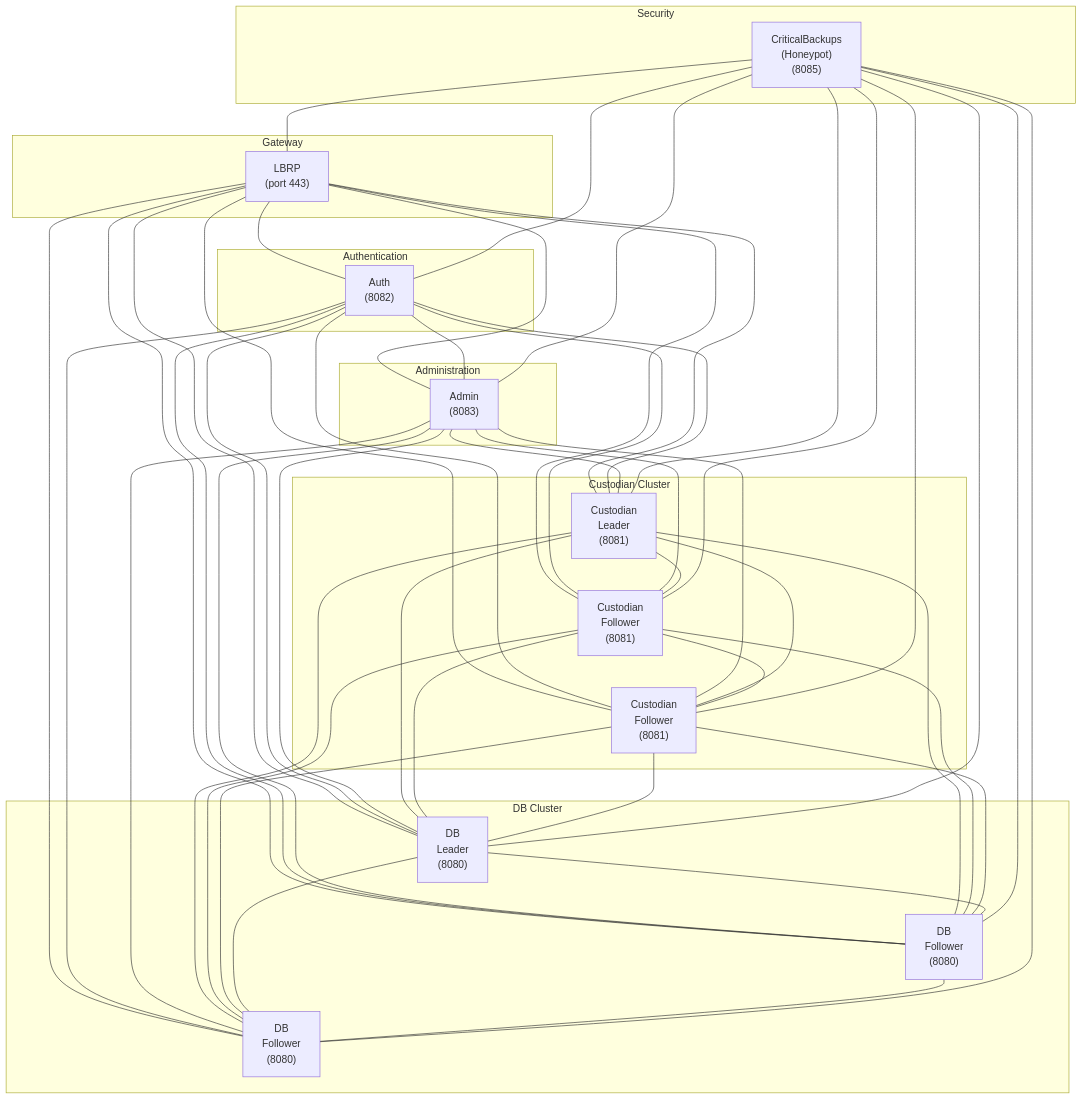
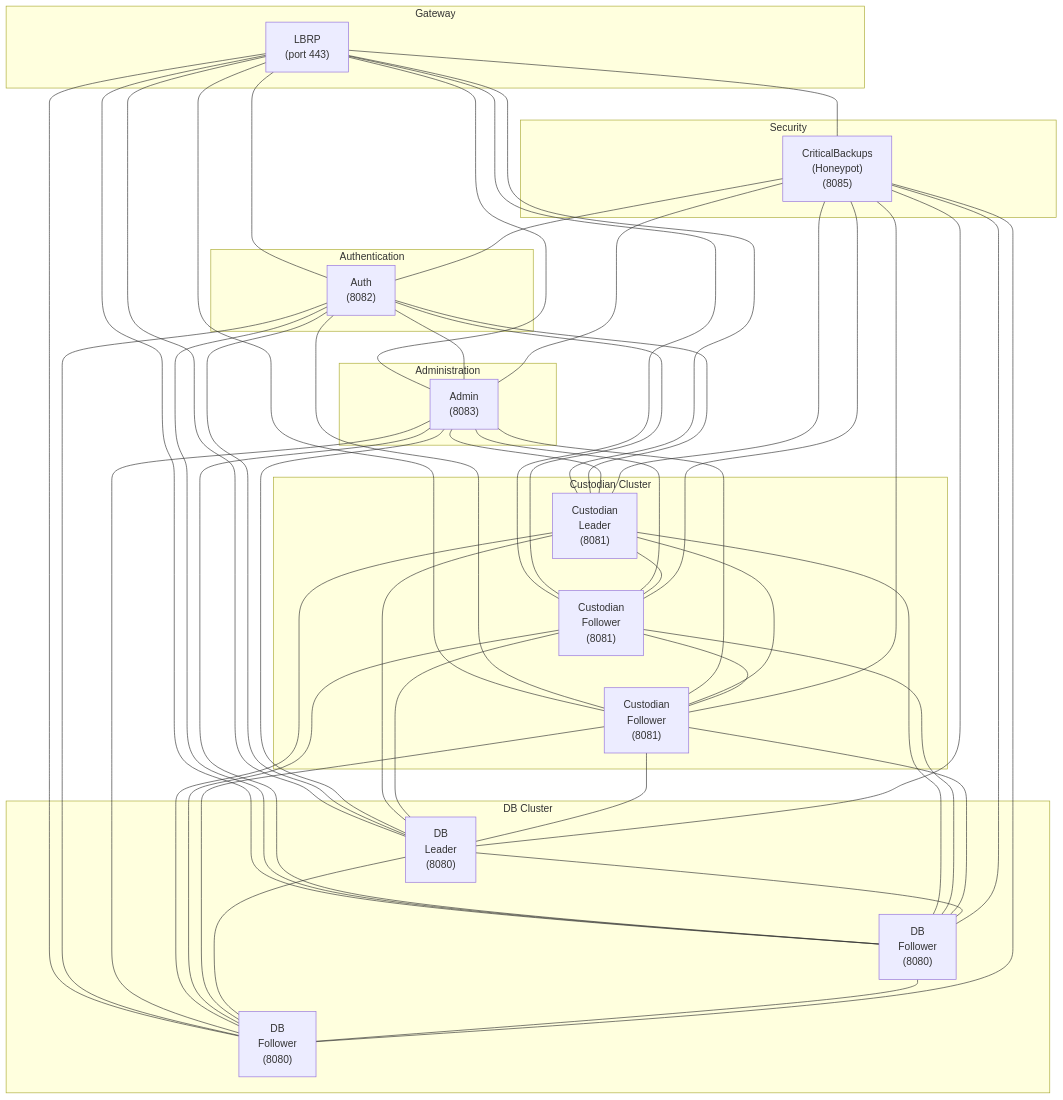
Before and after one commit to JonathanMcCormickJr/ngi: the diagram in ARCHITECTURE.md, drawn with Mermaid. The commit also changed other lines of this file and 9 other files, not shown here.

````diff
--- a/ARCHITECTURE.md
+++ b/ARCHITECTURE.md
@@ -749,6 +751,10 @@
     Admin["Admin<br/>(8083)"]
   end
 
+  subgraph "Security"
+    Honeypot["CriticalBackups<br/>(Honeypot)<br/>(8085)"]
+  end
+
   subgraph "Custodian Cluster"
     CustLeader["Custodian<br/>Leader<br/>(8081)"]
     CustFollower1["Custodian<br/>Follower<br/>(8081)"]
@@ -761,10 +767,6 @@
     DBFollower2["DB<br/>Follower<br/>(8080)"]
   end
 
-  subgraph "Security"
-    Honeypot["CriticalBackups<br/>(Honeypot)<br/>(8085)"]
-  end
-
   LBRP --- Auth
   LBRP --- Admin
   LBRP --- CustLeader
@@ -773,6 +775,7 @@
   LBRP --- DBLeader
   LBRP --- DBFollower1
   LBRP --- DBFollower2
+  LBRP --- Honeypot
 
   Auth --- Admin
   Auth --- CustLeader
@@ -809,7 +812,6 @@
 
   DBFollower1 --- DBFollower2
 
-  Honeypot --- LBRP
   Honeypot --- Auth
   Honeypot --- Admin
   Honeypot --- CustLeader
@@ -818,4 +820,5 @@
   Honeypot --- DBLeader
   Honeypot --- DBFollower1
   Honeypot --- DBFollower2
+  
 ```
````
